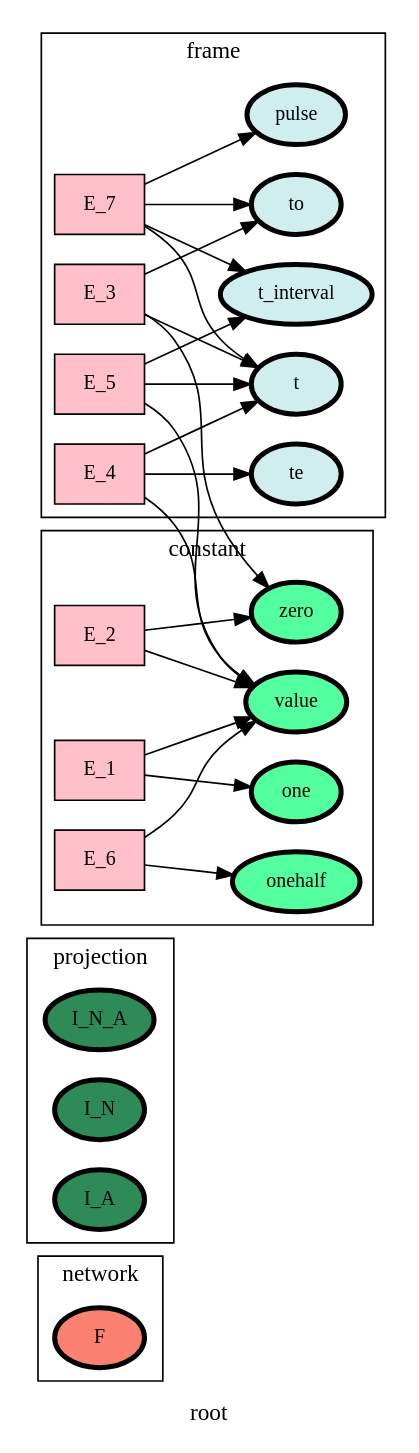
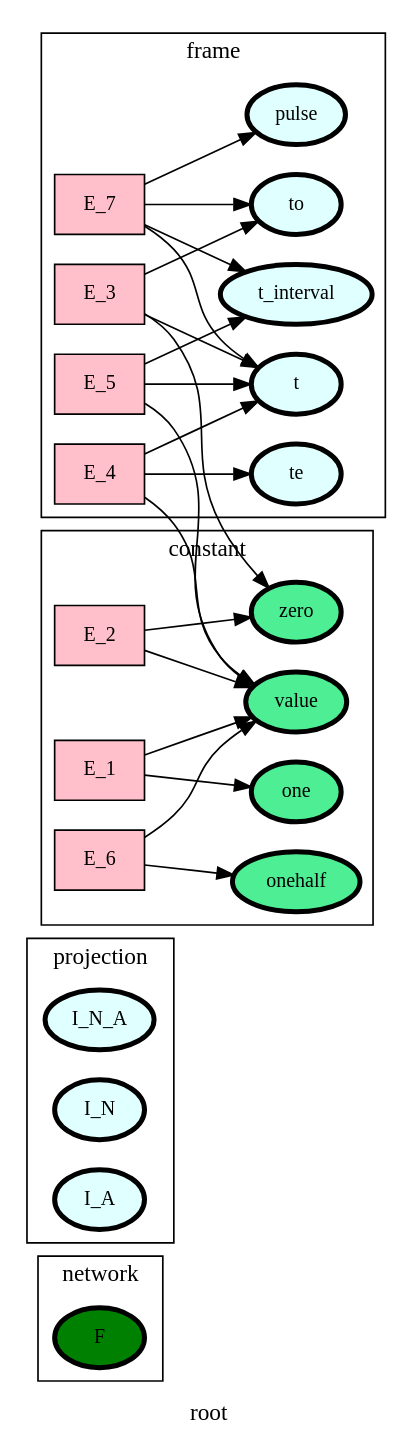
Before and after one commit to heinz-preisig/sandbox21: the diagram in ontology_graphs/graph__root.dot, drawn with Graphviz. The commit also changed 150 other files, not shown here.

```diff
--- a/ontology_graphs/graph__root.dot
+++ b/ontology_graphs/graph__root.dot
@@ -1,68 +1,68 @@
 digraph root {
 label=root;
 rankdir=LR;
 subgraph cluster_root___network {
 label=network;
 rankdir=LR;
-V_10 [fillcolor=salmon, fontsize=12, label=F, penwidth=3, style=filled];
+V_10 [fillcolor=green, fontsize=12, label=F, penwidth=3, style=filled];
 }
 
 subgraph cluster_root___projection {
 label=projection;
 rankdir=LR;
-V_48 [fillcolor=seagreen, fontsize=12, label=I_N_A, penwidth=3, style=filled];
-V_96 [fillcolor=seagreen, fontsize=12, label=I_N, penwidth=3, style=filled];
-V_97 [fillcolor=seagreen, fontsize=12, label=I_A, penwidth=3, style=filled];
+V_48 [fillcolor=lightcyan, fontsize=12, label=I_N_A, penwidth=3, style=filled];
+V_96 [fillcolor=lightcyan, fontsize=12, label=I_N, penwidth=3, style=filled];
+V_97 [fillcolor=lightcyan, fontsize=12, label=I_A, penwidth=3, style=filled];
 }
 
 E_3 -> V_3  [splines=ortho];
 E_3 -> V_4  [splines=ortho];
 E_4 -> V_1  [splines=ortho];
 E_4 -> V_4  [splines=ortho];
 E_5 -> V_1  [splines=ortho];
 E_5 -> V_4  [splines=ortho];
 E_7 -> V_4  [splines=ortho];
 E_7 -> V_5  [splines=ortho];
 E_7 -> V_7  [splines=ortho];
 subgraph cluster_root___frame {
 label=frame;
 rankdir=LR;
-V_4 [fillcolor=lightcyan2, fontsize=12, label=t, penwidth=3, style=filled];
-V_5 [fillcolor=lightcyan2, fontsize=12, label=to, penwidth=3, style=filled];
-V_6 [fillcolor=lightcyan2, fontsize=12, label=te, penwidth=3, style=filled];
-V_7 [fillcolor=lightcyan2, fontsize=12, label=t_interval, penwidth=3, style=filled];
-V_9 [fillcolor=lightcyan2, fontsize=12, label=pulse, penwidth=3, style=filled];
+V_4 [fillcolor=lightcyan1, fontsize=12, label=t, penwidth=3, style=filled];
+V_5 [fillcolor=lightcyan1, fontsize=12, label=to, penwidth=3, style=filled];
+V_6 [fillcolor=lightcyan1, fontsize=12, label=te, penwidth=3, style=filled];
+V_7 [fillcolor=lightcyan1, fontsize=12, label=t_interval, penwidth=3, style=filled];
+V_9 [fillcolor=lightcyan1, fontsize=12, label=pulse, penwidth=3, style=filled];
 E_3 [fillcolor=pink, fontsize=12, shape=box, style=filled];
 E_3 -> V_5  [splines=ortho];
 E_4 [fillcolor=pink, fontsize=12, shape=box, style=filled];
 E_4 -> V_6  [splines=ortho];
 E_5 [fillcolor=pink, fontsize=12, shape=box, style=filled];
 E_5 -> V_7  [splines=ortho];
 E_7 [fillcolor=pink, fontsize=12, shape=box, style=filled];
 E_7 -> V_9  [splines=ortho];
 }
 
 subgraph cluster_root___state {
 label=state;
 rankdir=LR;
 }
 
 E_1 -> V_1  [splines=ortho];
 E_2 -> V_1  [splines=ortho];
 E_6 -> V_1  [splines=ortho];
 subgraph cluster_root___constant {
 label=constant;
 rankdir=LR;
-V_1 [fillcolor=seagreen1, fontsize=12, label=value, penwidth=3, style=filled];
-V_2 [fillcolor=seagreen1, fontsize=12, label=one, penwidth=3, style=filled];
-V_3 [fillcolor=seagreen1, fontsize=12, label=zero, penwidth=3, style=filled];
-V_8 [fillcolor=seagreen1, fontsize=12, label=onehalf, penwidth=3, style=filled];
+V_1 [fillcolor=seagreen2, fontsize=12, label=value, penwidth=3, style=filled];
+V_2 [fillcolor=seagreen2, fontsize=12, label=one, penwidth=3, style=filled];
+V_3 [fillcolor=seagreen2, fontsize=12, label=zero, penwidth=3, style=filled];
+V_8 [fillcolor=seagreen2, fontsize=12, label=onehalf, penwidth=3, style=filled];
 E_1 [fillcolor=pink, fontsize=12, shape=box, style=filled];
 E_1 -> V_2  [splines=ortho];
 E_2 [fillcolor=pink, fontsize=12, shape=box, style=filled];
 E_2 -> V_3  [splines=ortho];
 E_6 [fillcolor=pink, fontsize=12, shape=box, style=filled];
 E_6 -> V_8  [splines=ortho];
 }
 
 }
```
